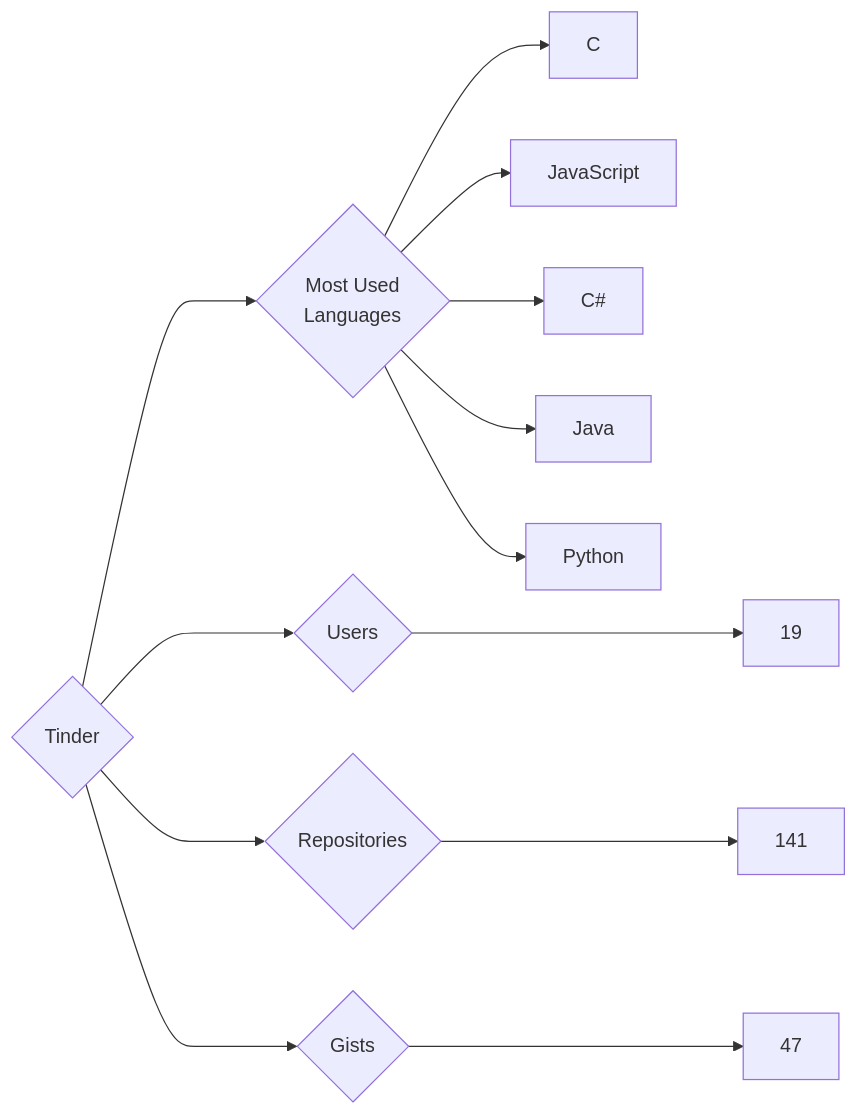
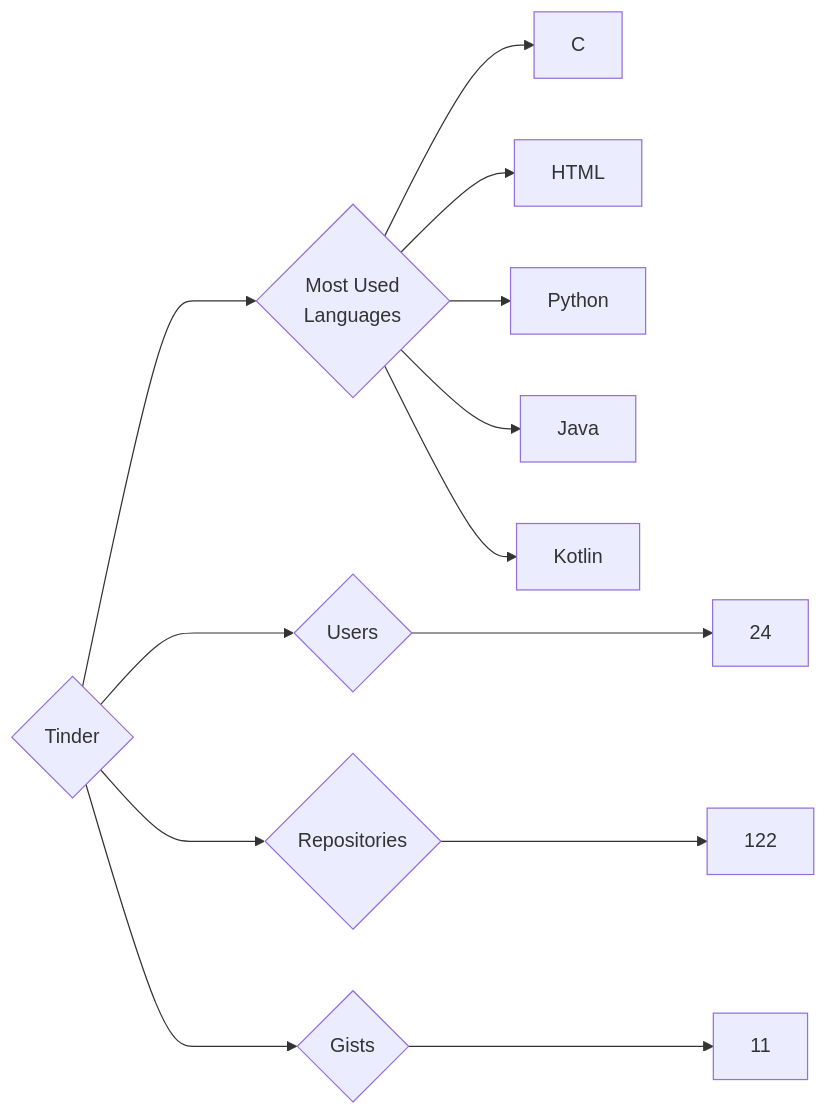
Before and after one commit to trickest/insiders: the diagram in targets/Tinder/README.md, drawn with Mermaid. The commit also changed 597 other files, not shown here.

````diff
--- a/targets/Tinder/README.md
+++ b/targets/Tinder/README.md
@@ -3,13 +3,13 @@
 ```mermaid
 graph LR
 COMPANY_NAME{Tinder}
-COMPANY_NAME ---> U{Users} ---> UN[19]
-COMPANY_NAME ---> R{Repositories} ---> RN[141]
-COMPANY_NAME ---> G{Gists} ---> GN[47]
+COMPANY_NAME ---> U{Users} ---> UN[24]
+COMPANY_NAME ---> R{Repositories} ---> RN[122]
+COMPANY_NAME ---> G{Gists} ---> GN[11]
 COMPANY_NAME ---> ML{Most Used<br>Languages}
 ML --> C[C]
-ML --> JavaScript[JavaScript]
-ML --> C#[C#]
+ML --> HTML[HTML]
+ML --> Python[Python]
 ML --> Java[Java]
-ML --> Python[Python]
+ML --> Kotlin[Kotlin]
 ```
````
